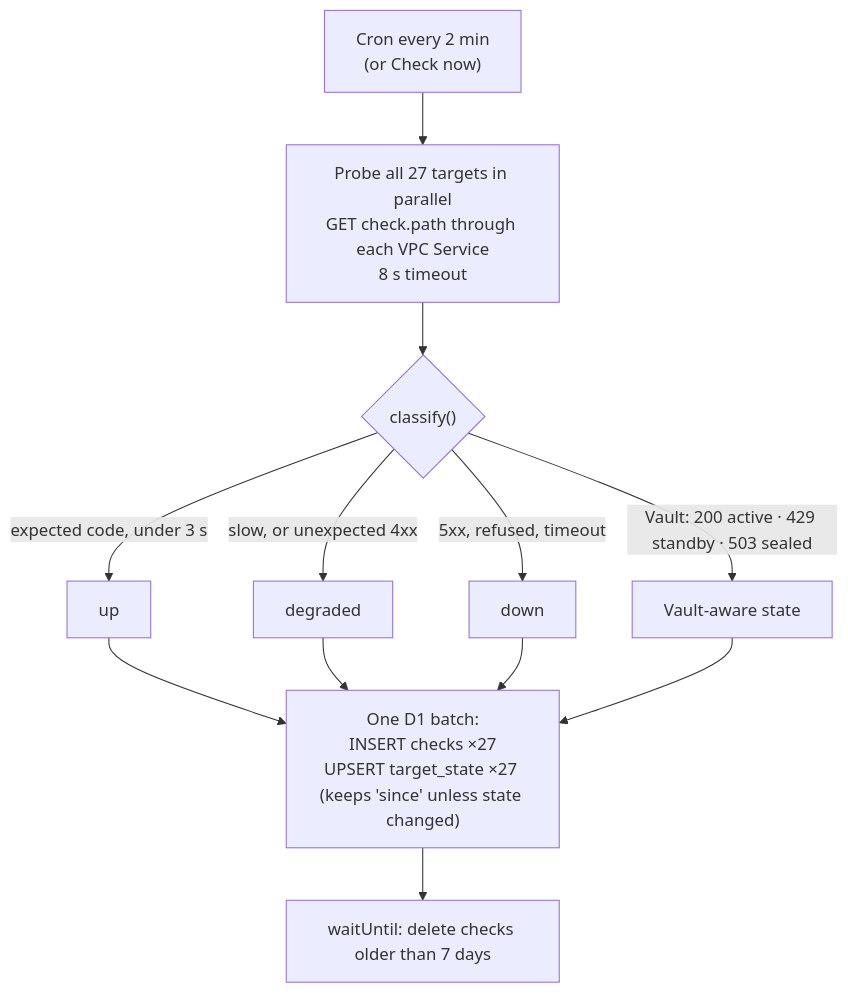
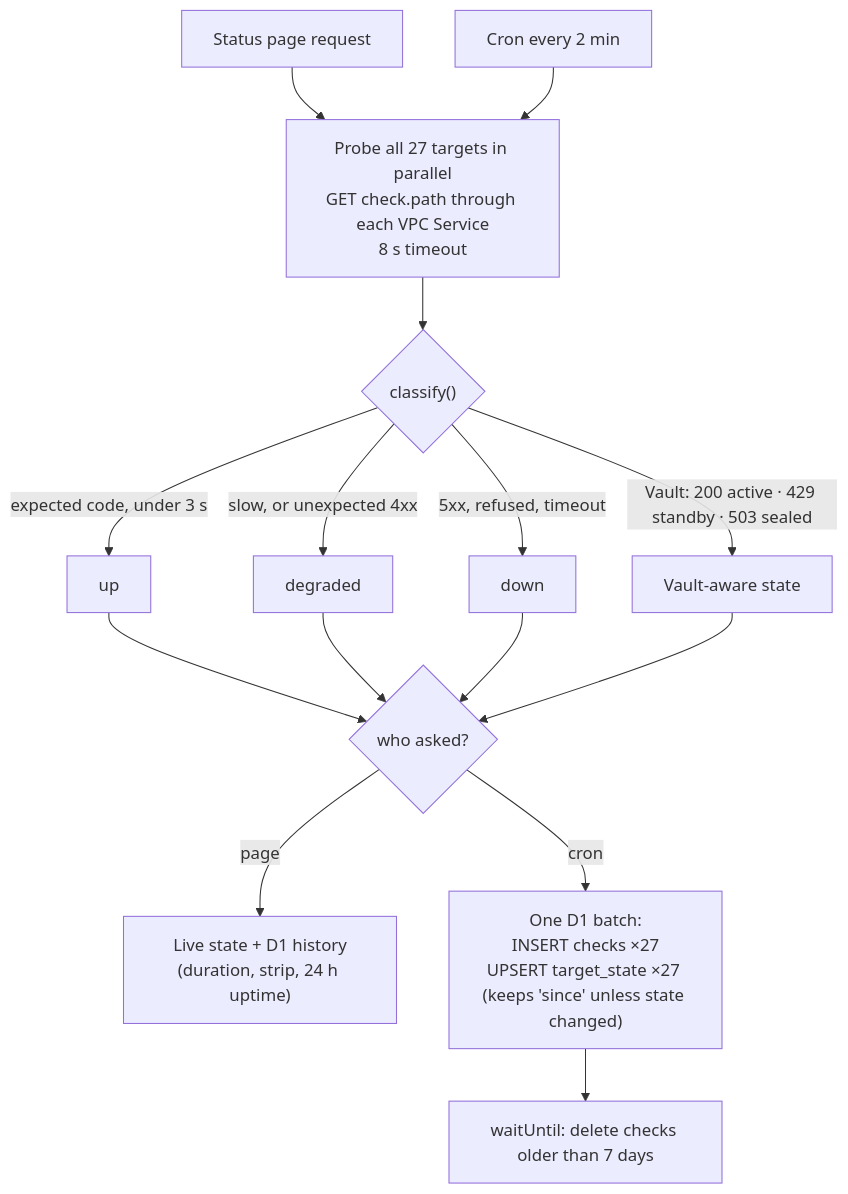
Before and after one commit to mike12806/hdctl: the fourth of 7 diagrams in README.md, drawn with Mermaid. The commit also changed other lines of this file and 23 other files, not shown here.

````diff
--- a/README.md
+++ b/README.md
@@ -133,11 +200,14 @@
 ```mermaid
 flowchart TD
-  cron["Cron every 2 min<br/>(or Check now)"] --> fan["Probe all 27 targets in parallel<br/>GET check.path through each VPC Service<br/>8 s timeout"]
+  page["Status page request"] --> fan
+  cron["Cron every 2 min"] --> fan["Probe all 27 targets in parallel<br/>GET check.path through each VPC Service<br/>8 s timeout"]
   fan --> cls{"classify()"}
   cls -->|expected code, under 3 s| up["up"]
   cls -->|slow, or unexpected 4xx| deg["degraded"]
   cls -->|5xx, refused, timeout| down["down"]
   cls -->|Vault: 200 active · 429 standby · 503 sealed| vault["Vault-aware state"]
-  up & deg & down & vault --> batch["One D1 batch:<br/>INSERT checks ×27<br/>UPSERT target_state ×27 (keeps 'since' unless state changed)"]
+  up & deg & down & vault --> who{"who asked?"}
+  who -->|page| merge["Live state + D1 history<br/>(duration, strip, 24 h uptime)"]
+  who -->|cron| batch["One D1 batch:<br/>INSERT checks ×27<br/>UPSERT target_state ×27 (keeps 'since' unless state changed)"]
   batch --> prune["waitUntil: delete checks older than 7 days"]
 ```
````
